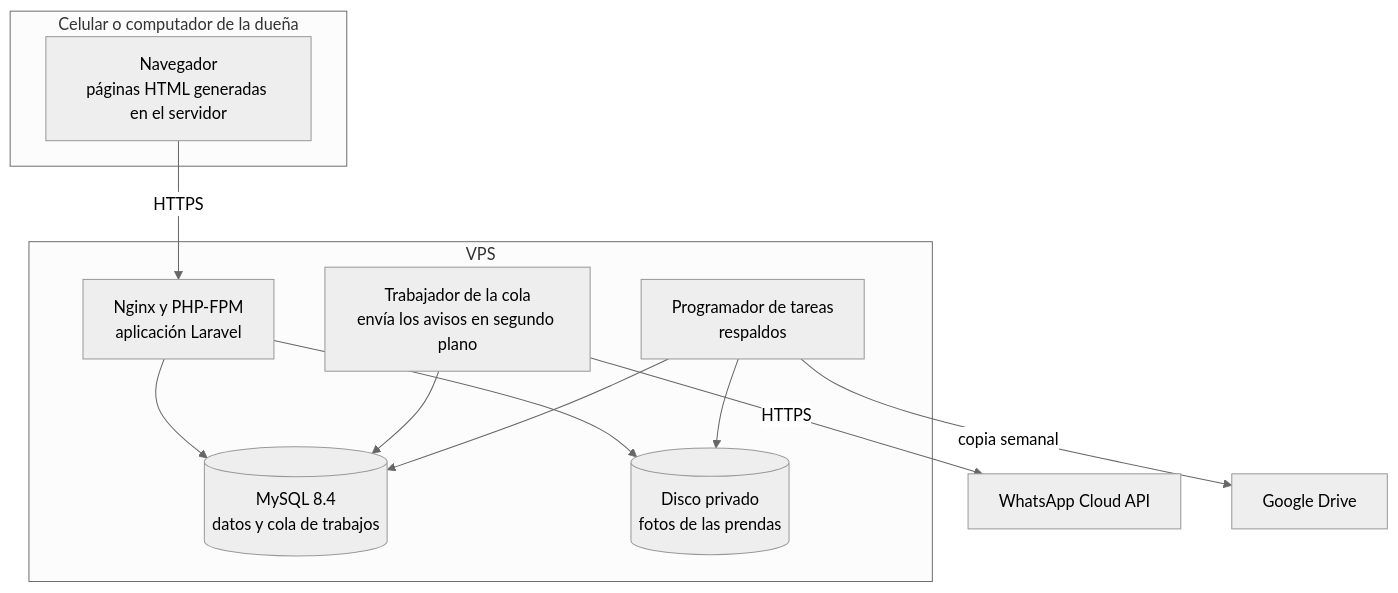
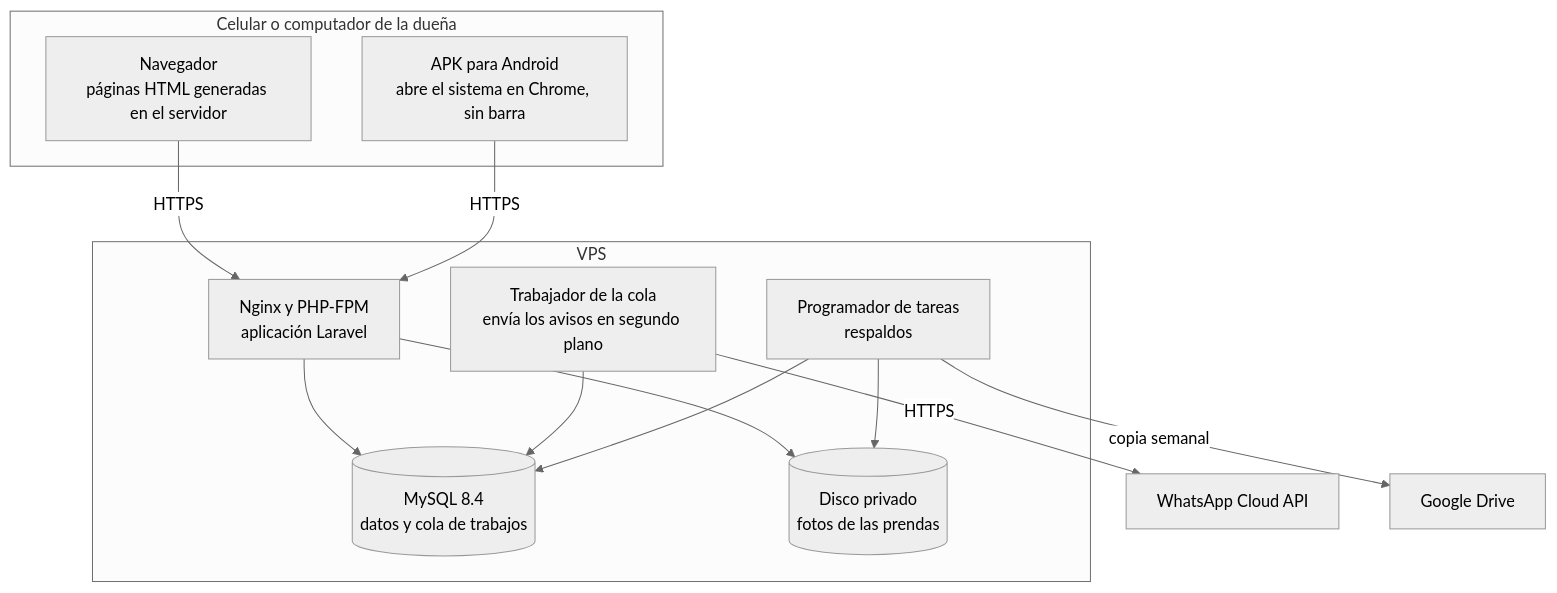
One commit to Aryannext/El-taller-ines changed the second of 5 diagrams in docs/03-diseno/arquitectura/README.md. Above: the diagram before and after it, drawn with Mermaid (neutral theme). The commit also changed other lines of this file and 9 other files, not shown here.

First line of the commit message:
docs(sprint-2): el sistema se instala en el celular como PWA y APK para Android (ADR-006)

````diff
--- a/docs/03-diseno/arquitectura/README.md
+++ b/docs/03-diseno/arquitectura/README.md
@@ -49,23 +49,25 @@
 ```mermaid
 flowchart TB
     subgraph dispositivo["Celular o computador de la dueña"]
+        apk["APK para Android<br/>abre el sistema en Chrome, sin barra"]
         navegador["Navegador<br/>páginas HTML generadas en el servidor"]
     end
     subgraph vps["VPS"]
         web["Nginx y PHP-FPM<br/>aplicación Laravel"]
         cola["Trabajador de la cola<br/>envía los avisos en segundo plano"]
         programador["Programador de tareas<br/>respaldos"]
         mysql[("MySQL 8.4<br/>datos y cola de trabajos")]
         disco[("Disco privado<br/>fotos de las prendas")]
     end
     api["WhatsApp Cloud API"]
     drive["Google Drive"]
     navegador -- "HTTPS" --> web
+    apk -- "HTTPS" --> web
     web --> mysql
     web --> disco
     cola --> mysql
     cola -- "HTTPS" --> api
     programador --> mysql
     programador --> disco
     programador -- "copia semanal" --> drive
 ```
````
